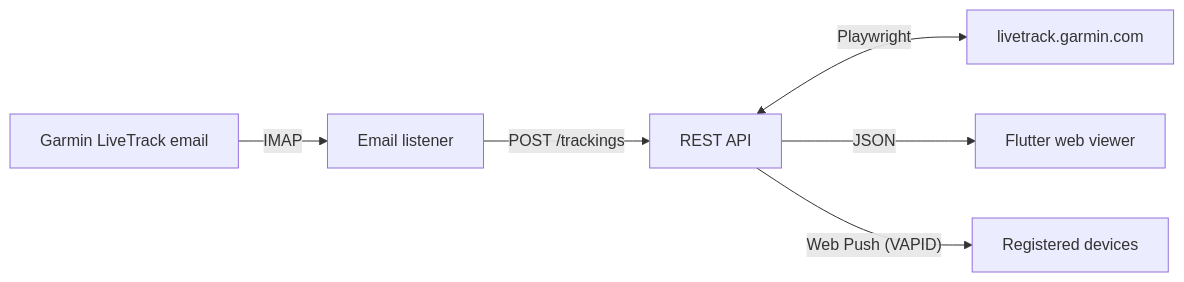
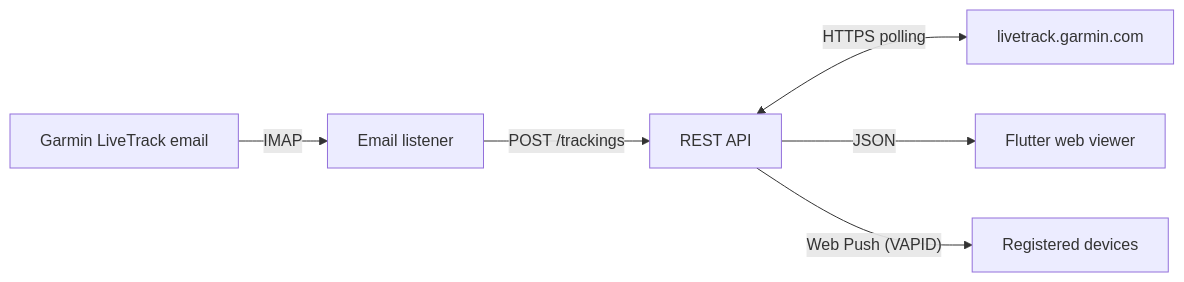
The diagram in README.md (Johannes11833/GarminLiveTrack-Server), drawn with Mermaid before and after one commit. The commit also changed other lines of this file and 9 other files, not shown here.

First line of the commit message:
feat(api): replace Playwright with plain HTTP polling (#31)

````diff
--- a/README.md
+++ b/README.md
@@ -72,8 +72,8 @@
 ```mermaid
 flowchart LR
     Mail["Garmin LiveTrack email"] -->|IMAP| Listener["Email listener"]
     Listener -->|"POST /trackings"| API["REST API"]
-    API <-->|"Playwright"| Garmin["livetrack.garmin.com"]
+    API <-->|"HTTPS polling"| Garmin["livetrack.garmin.com"]
     API -->|"JSON"| Viewer["Flutter web viewer"]
     API -->|"Web Push (VAPID)"| Devices["Registered devices"]
 ```
````
